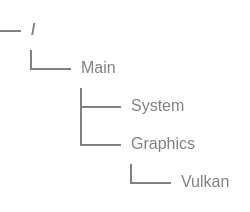
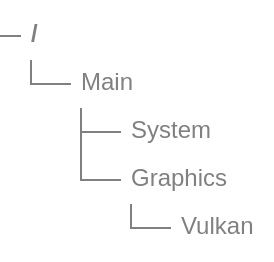
Before and after one commit to groovy-gorilla/tfx: the diagram in README.md, drawn with Mermaid.

````diff
--- a/README.md
+++ b/README.md
@@ -20,20 +20,20 @@
 ```mermaid
 ---
 config:
     treeView:
         rowIndent: 20
         lineThickness: 1
         paddingX: 5
         paddingY: 5
     themeVariables:
         treeView:
-            labelFontSize: '8px'
+            labelFontSize: '12px'
             labelColor: '#808080'
             lineColor: '#808080'
 ---
 treeView-beta
 "Main"
  "System"
  "Graphics"
   "Vulkan"
 ```
````
